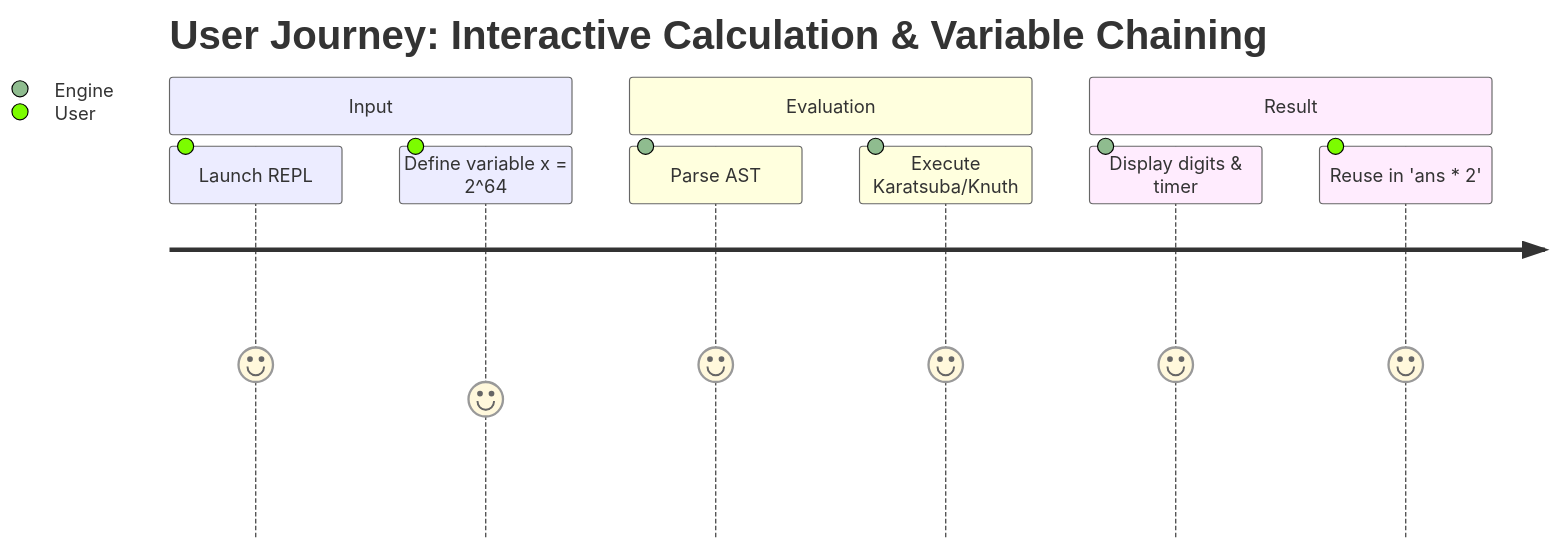
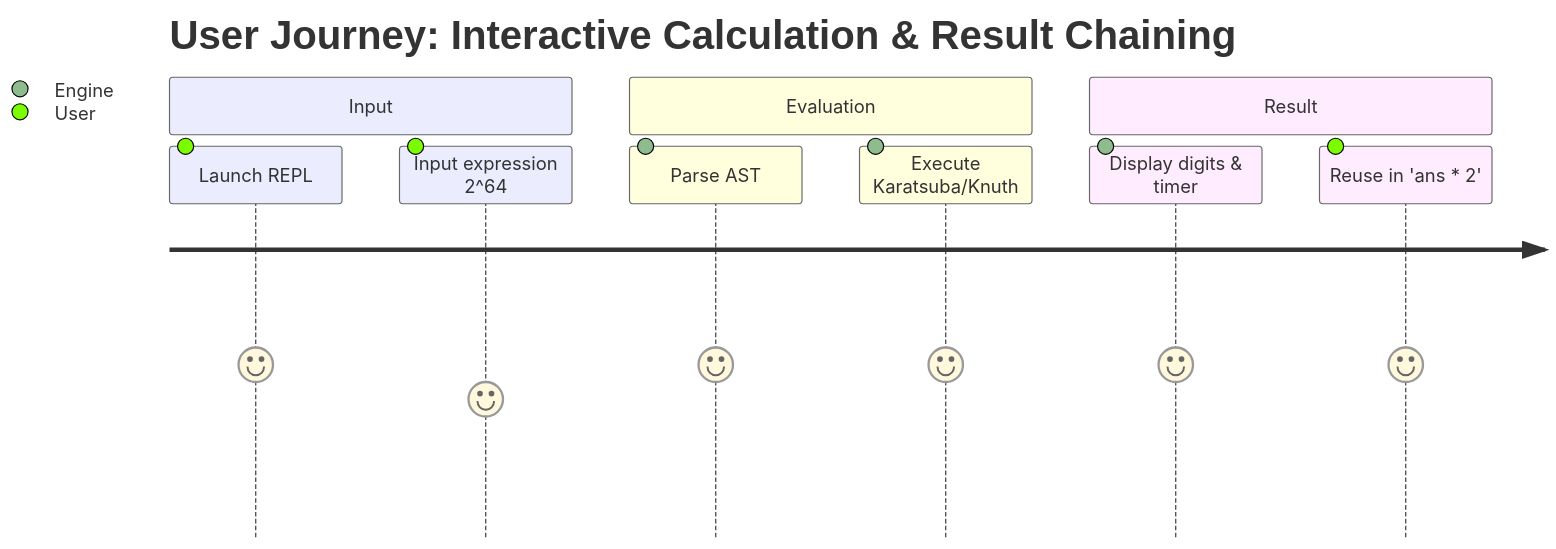
Before and after one commit to jayvardhan-z/Precision-Calculator: the diagram in docs/SRS_PRD.md, drawn with Mermaid. The commit also changed other lines of this file and 7 other files, not shown here.

````diff
--- a/docs/SRS_PRD.md
+++ b/docs/SRS_PRD.md
@@ -28,13 +28,13 @@
 ```mermaid
 journey
-    title User Journey: Interactive Calculation & Variable Chaining
+    title User Journey: Interactive Calculation & Result Chaining
     section Input
       Launch REPL: 5: User
-      Define variable x = 2^64: 4: User
+      Input expression 2^64: 4: User
     section Evaluation
       Parse AST: 5: Engine
       Execute Karatsuba/Knuth: 5: Engine
     section Result
       Display digits & timer: 5: Engine
       Reuse in 'ans * 2': 5: User
 ```
````
